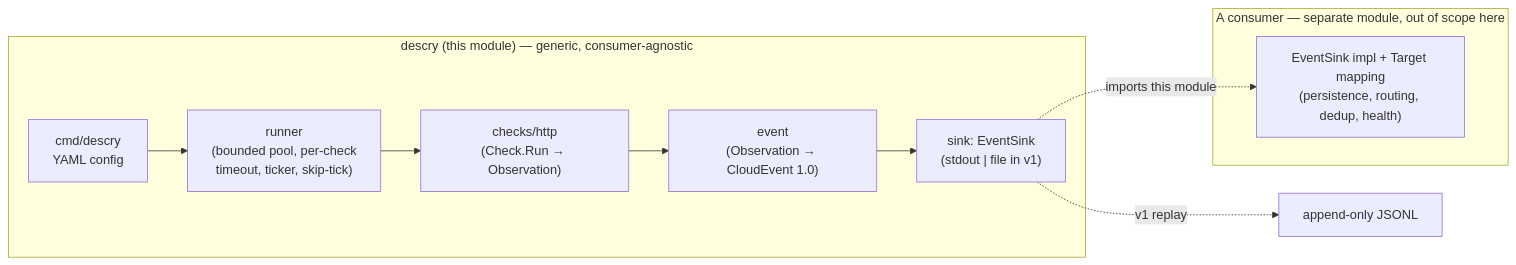
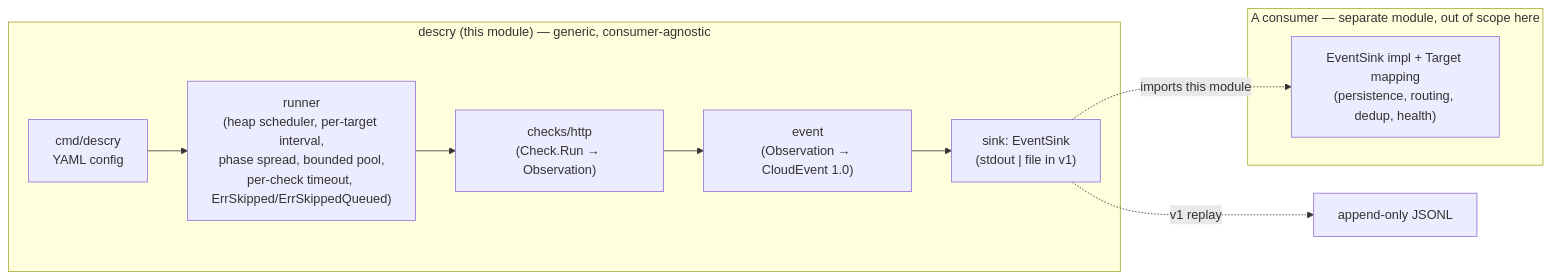
The diagram in docs/ARCHITECTURE.md (fairbearlab/descry), drawn with Mermaid before and after one commit. The commit also changed other lines of this file and 27 other files, not shown here.

First line of the commit message:
v0.3.0 feat(runner): heap scheduler with per-target intervals, phase spread, and skip observability (#15)

````diff
--- a/docs/ARCHITECTURE.md
+++ b/docs/ARCHITECTURE.md
@@ -20,14 +20,14 @@
 ```mermaid
 flowchart LR
   subgraph engine["descry (this module) — generic, consumer-agnostic"]
-    CFG["cmd/descry<br/>YAML config"] --> RUN["runner<br/>(bounded pool, per-check<br/>timeout, ticker, skip-tick)"]
+    CFG["cmd/descry<br/>YAML config"] --> RUN["runner<br/>(heap scheduler, per-target interval,<br/>phase spread, bounded pool,<br/>per-check timeout, ErrSkipped/ErrSkippedQueued)"]
     RUN --> CHK["checks/http<br/>(Check.Run → Observation)"]
     CHK --> EVT["event<br/>(Observation → CloudEvent 1.0)"]
     EVT --> SINK["sink: EventSink<br/>(stdout | file in v1)"]
   end
   subgraph consumer["A consumer — separate module, out of scope here"]
     ADP["EventSink impl + Target mapping<br/>(persistence, routing, dedup, health)"]
   end
   SINK -. v1 replay .-> FILE["append-only JSONL"]
   SINK -.->|imports this module| ADP
 ```
````
